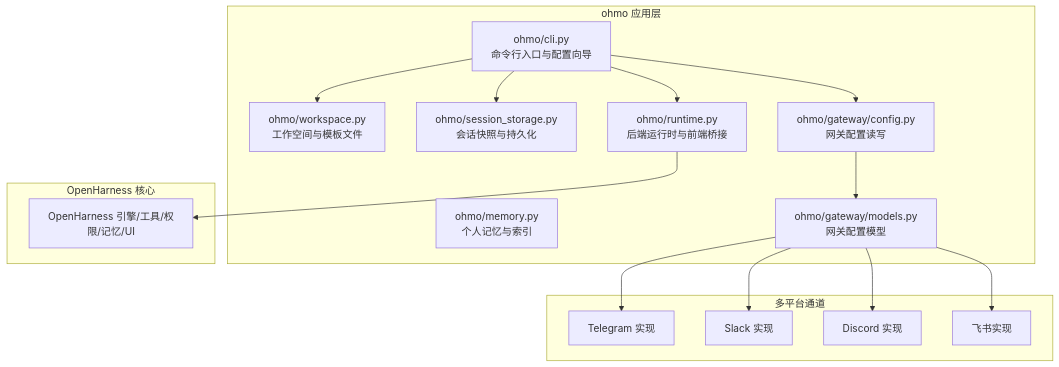
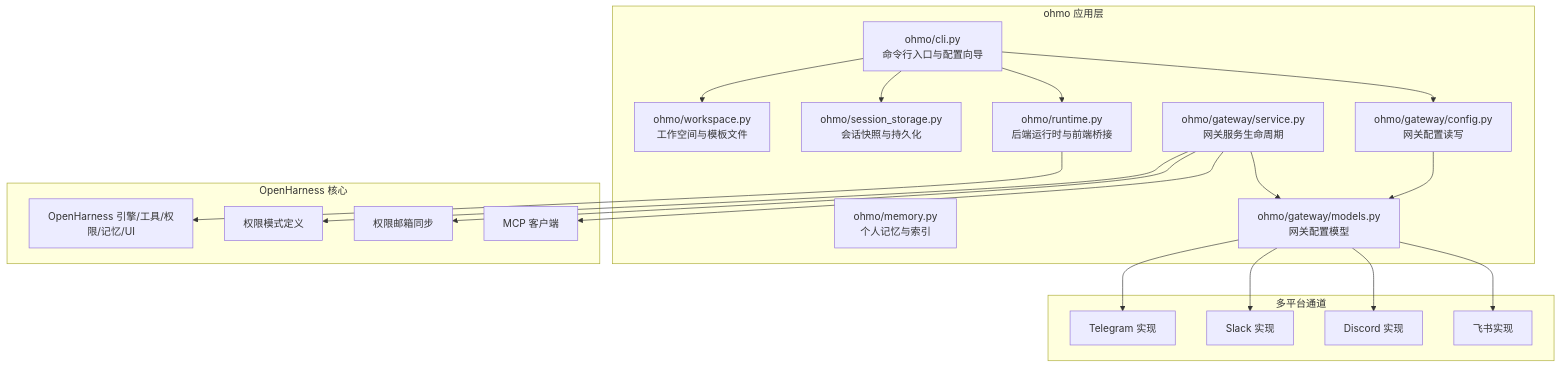
One commit to haolange/OpenHarness changed the first of 12 diagrams in .qoder/repowiki/zh/content/ohmo 个人代理/ohmo 个人代理.md. Above: the diagram before and after it, drawn with Mermaid. The commit also changed other lines of this file and 5 other files, not shown here.

````diff
--- a/.qoder/repowiki/zh/content/ohmo 个人代理/ohmo 个人代理.md
+++ b/.qoder/repowiki/zh/content/ohmo 个人代理/ohmo 个人代理.md
@@ -48,31 +61,39 @@
 ```mermaid
 graph TB
 subgraph "ohmo 应用层"
 CLI["ohmo/cli.py<br/>命令行入口与配置向导"]
 WS["ohmo/workspace.py<br/>工作空间与模板文件"]
 MEM["ohmo/memory.py<br/>个人记忆与索引"]
 SES["ohmo/session_storage.py<br/>会话快照与持久化"]
 RT["ohmo/runtime.py<br/>后端运行时与前端桥接"]
 GW_CFG["ohmo/gateway/config.py<br/>网关配置读写"]
 GW_MDL["ohmo/gateway/models.py<br/>网关配置模型"]
+GW_SRV["ohmo/gateway/service.py<br/>网关服务生命周期"]
 end
 subgraph "OpenHarness 核心"
 CORE["OpenHarness 引擎/工具/权限/记忆/UI"]
+PERM_MODES["权限模式定义"]
+MAILBOX["权限邮箱同步"]
+MCP_CLIENT["MCP 客户端"]
 end
 subgraph "多平台通道"
 TG["Telegram 实现"]
 SL["Slack 实现"]
 DC["Discord 实现"]
 FS["飞书实现"]
 end
 CLI --> WS
 CLI --> SES
 CLI --> RT
 CLI --> GW_CFG
 GW_CFG --> GW_MDL
+GW_SRV --> GW_MDL
+GW_SRV --> PERM_MODES
+GW_SRV --> MAILBOX
+GW_SRV --> MCP_CLIENT
 RT --> CORE
 GW_MDL --> TG
 GW_MDL --> SL
 GW_MDL --> DC
 GW_MDL --> FS
 ```
````
